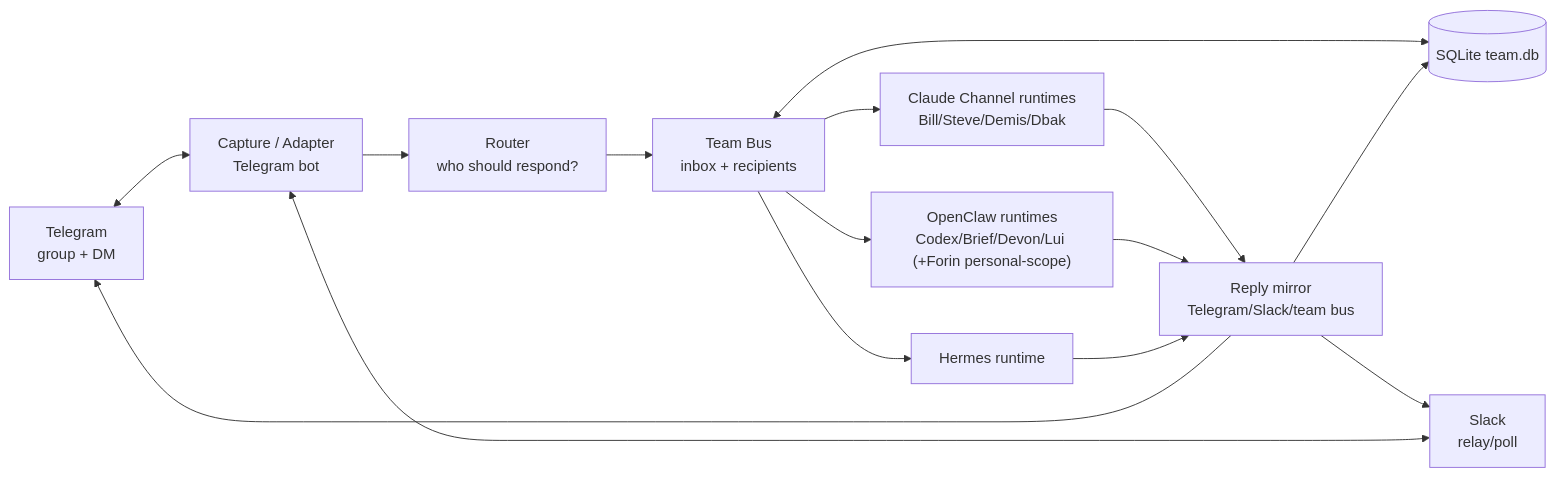
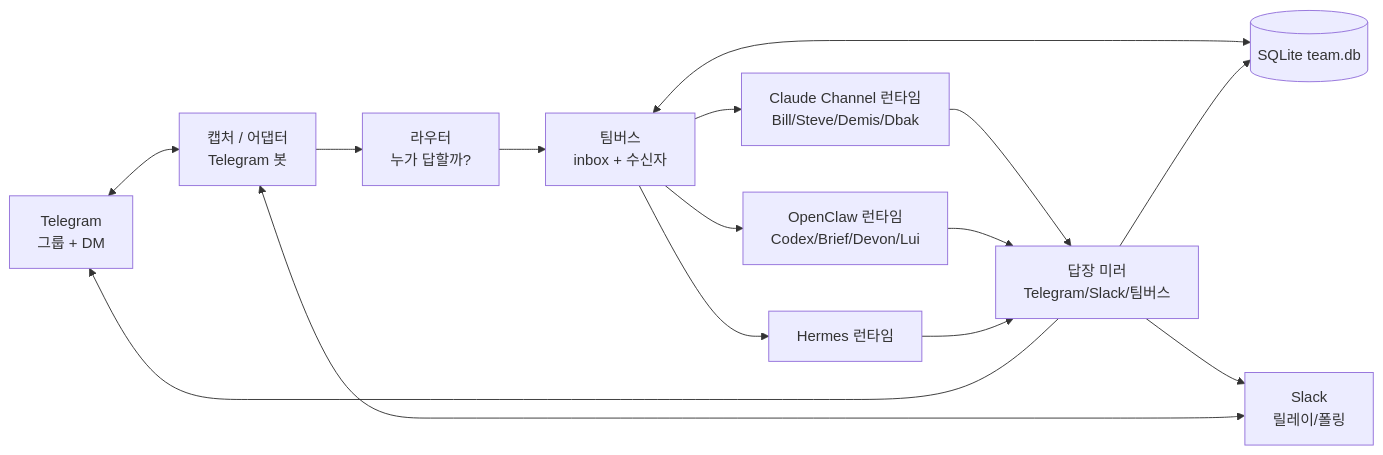
One commit to b3rys/b3rys-team-os changed the first of 6 diagrams in docs/COMMUNICATION_FLOW.md. Above: the diagram before and after it, drawn with Mermaid. The commit also changed other lines of this file, not shown here.

First line of the commit message:
docs(comm-flow): 한글화 + mermaid 파싱에러 수정 (#31)

````diff
--- a/docs/COMMUNICATION_FLOW.md
+++ b/docs/COMMUNICATION_FLOW.md
@@ -10,17 +12,17 @@
 ```mermaid
 flowchart LR
-  Telegram[Telegram<br/>group + DM] <--> Capture[Capture / Adapter<br/>Telegram bot]
-  Slack[Slack<br/>relay/poll] <--> Capture
-  Capture --> Router[Router<br/>who should respond?]
-  Router --> Bus[Team Bus<br/>inbox + recipients]
-  Bus <--> DB[(SQLite team.db)]
-  Bus --> Claude[Claude Channel runtimes<br/>Bill/Steve/Demis/Dbak]
-  Bus --> OpenClaw["OpenClaw runtimes<br/>Codex/Brief/Devon/Lui (+Forin personal-scope)"]
-  Bus --> Hermes[Hermes runtime]
-  Claude --> Reply[Reply mirror<br/>Telegram/Slack/team bus]
+  Telegram["Telegram<br/>그룹 + DM"] <--> Capture["캡처 / 어댑터<br/>Telegram 봇"]
+  Slack["Slack<br/>릴레이/폴링"] <--> Capture
+  Capture --> Router["라우터<br/>누가 답할까?"]
+  Router --> Bus["팀버스<br/>inbox + 수신자"]
+  Bus <--> DB[("SQLite team.db")]
+  Bus --> Claude["Claude Channel 런타임<br/>Bill/Steve/Demis/Dbak"]
+  Bus --> OpenClaw["OpenClaw 런타임<br/>Codex/Brief/Devon/Lui"]
+  Bus --> Hermes["Hermes 런타임"]
+  Claude --> Reply["답장 미러<br/>Telegram/Slack/팀버스"]
   OpenClaw --> Reply
   Hermes --> Reply
   Reply --> Telegram
   Reply --> Slack
   Reply --> DB
 ```
````
